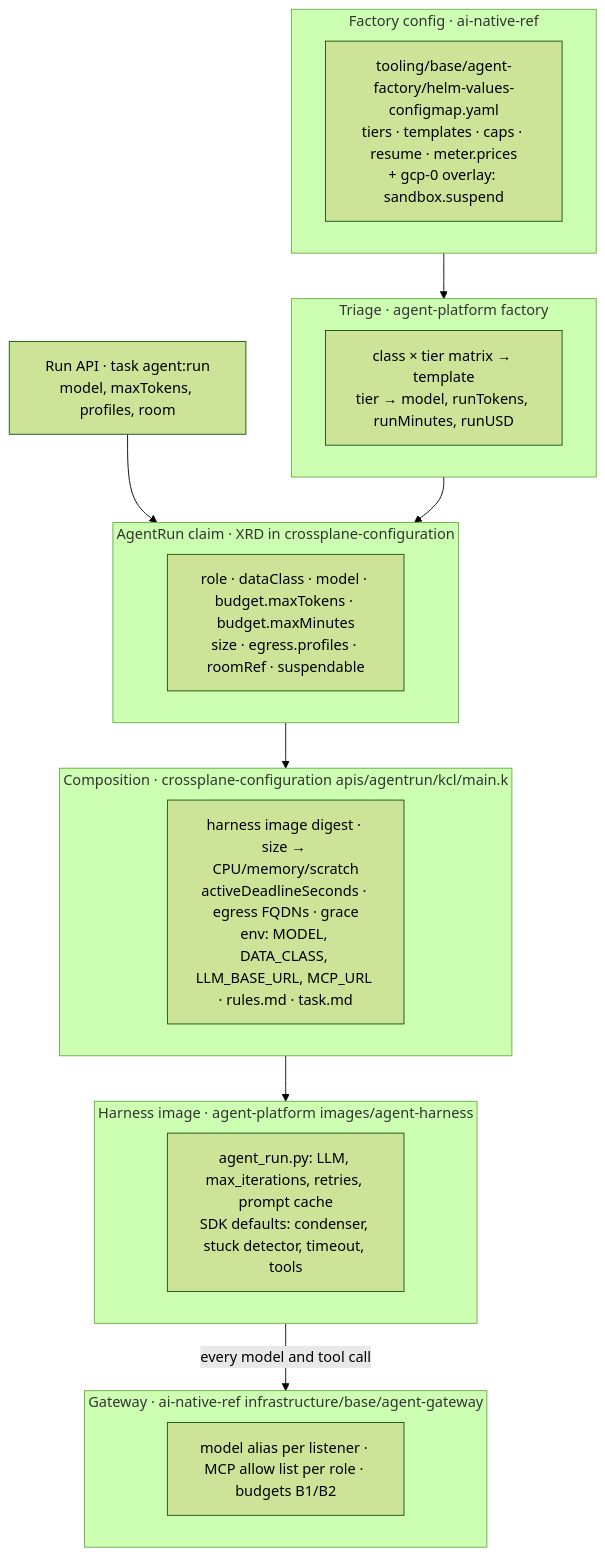
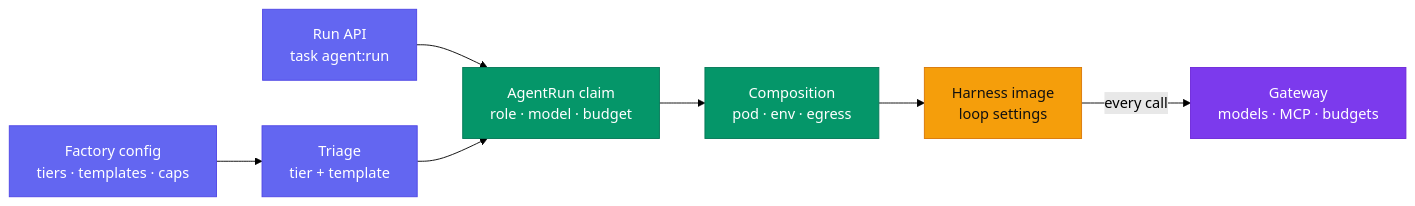
One commit to Smana/ai-native-ref changed the second of 3 diagrams in website/content/docs/platform/ai-platform/agents/harness.md. Above: the diagram before and after it, drawn with Mermaid (forest theme). The commit also changed other lines of this file and 2 other files, not shown here.

First line of the commit message:
docs(agents): split harness tuning into a guide and a reference (#83)

````diff
--- a/website/content/docs/platform/ai-platform/agents/harness.md
+++ b/website/content/docs/platform/ai-platform/agents/harness.md
@@ -90,24 +82,13 @@
 ```mermaid
-flowchart TB
-  subgraph F["Factory config · ai-native-ref"]
-    FC["tooling/base/agent-factory/helm-values-configmap.yaml<br/>tiers · templates · caps · resume · meter.prices<br/>+ gcp-0 overlay: sandbox.suspend"]
-  end
-  subgraph T["Triage · agent-platform factory"]
-    TR["class × tier matrix → template<br/>tier → model, runTokens, runMinutes, runUSD"]
-  end
-  subgraph C["AgentRun claim · XRD in crossplane-configuration"]
-    CL["role · dataClass · model · budget.maxTokens · budget.maxMinutes<br/>size · egress.profiles · roomRef · suspendable"]
-  end
-  subgraph K["Composition · crossplane-configuration apis/agentrun/kcl/main.k"]
-    KC["harness image digest · size → CPU/memory/scratch<br/>activeDeadlineSeconds · egress FQDNs · grace<br/>env: MODEL, DATA_CLASS, LLM_BASE_URL, MCP_URL · rules.md · task.md"]
-  end
-  subgraph H["Harness image · agent-platform images/agent-harness"]
-    HC["agent_run.py: LLM, max_iterations, retries, prompt cache<br/>SDK defaults: condenser, stuck detector, timeout, tools"]
-  end
-  subgraph G["Gateway · ai-native-ref infrastructure/base/agent-gateway"]
-    GC["model alias per listener · MCP allow list per role · budgets B1/B2"]
-  end
-  API["Run API · task agent:run<br/>model, maxTokens, profiles, room"] --> C
-  F --> T --> C --> K --> H
-  H -- "every model and tool call" --> G
+flowchart LR
+  F["Factory config<br/>tiers · templates · caps"]:::cfg --> T["Triage<br/>tier + template"]:::cfg
+  API["Run API<br/>task agent:run"]:::cfg --> C
+  T --> C["AgentRun claim<br/>role · model · budget"]:::claim
+  C --> K["Composition<br/>pod · env · egress"]:::claim
+  K --> H["Harness image<br/>loop settings"]:::run
+  H -- every call --> G["Gateway<br/>models · MCP · budgets"]:::gw
+  classDef cfg fill:#6366f1,stroke:#4f46e5,color:#fff
+  classDef claim fill:#059669,stroke:#047857,color:#fff
+  classDef run fill:#f59e0b,stroke:#d97706,color:#111
+  classDef gw fill:#7c3aed,stroke:#6d28d9,color:#fff
 ```
````
